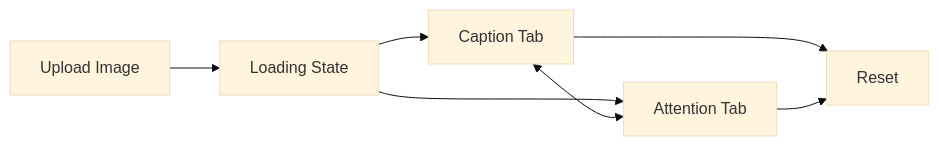
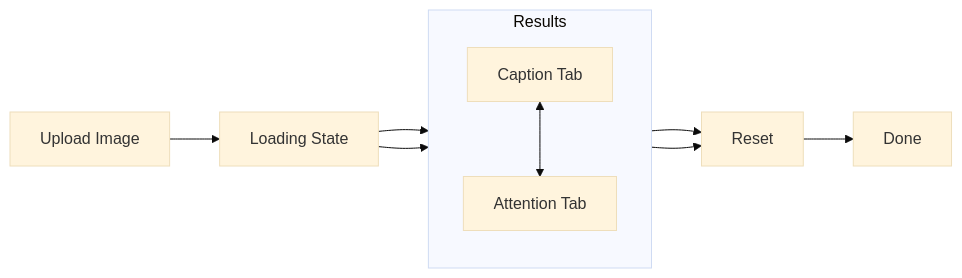
One commit to abhijitpadhi1/Image-Captioning changed the first of 6 diagrams in frontend/README.md. Above: the diagram before and after it, drawn with Mermaid (base theme). The commit also changed other lines of this file, not shown here.

First line of the commit message:
Enhance README with backend API flow diagrams

`````diff
--- a/frontend/README.md
+++ b/frontend/README.md
@@ -22,9 +22,15 @@
 ```mermaid
 flowchart LR
+    subgraph Results
+        direction TB
+        C[Caption Tab]
+        D[Attention Tab]
+    end
     A[Upload Image] --> B[Loading State]
-    B --> C[Caption Tab]
-    B --> D[Attention Tab]
+    B --> C
     C <--> D
     C --> E[Reset]
+    B --> D
     D --> E
+    E --> F[Done]
 ````
`````
